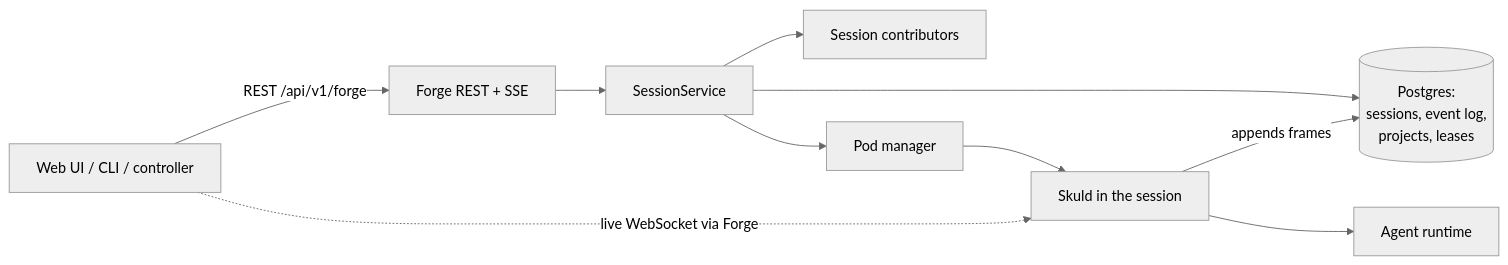
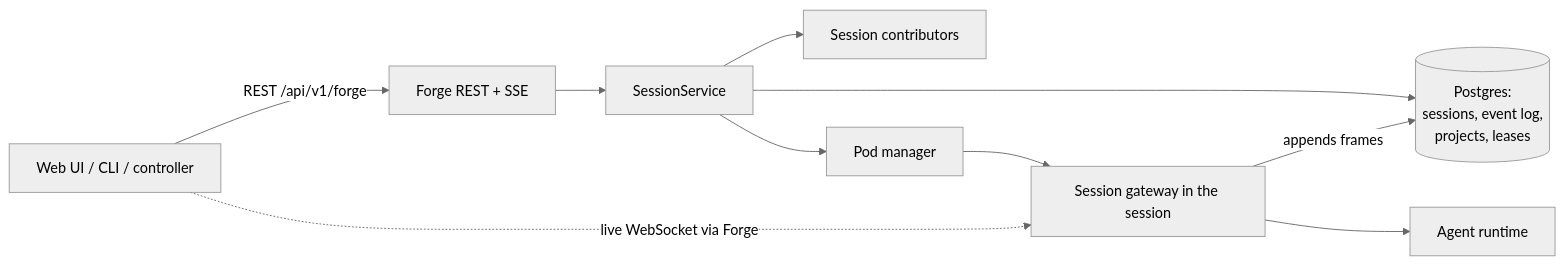
The first of 2 diagrams in docs/site/architecture/forge/index.md (niuulabs/niuu), drawn with Mermaid (neutral theme) before and after one commit. The commit also changed other lines of this file and 65 other files, not shown here.

````diff
--- a/docs/site/architecture/forge/index.md
+++ b/docs/site/architecture/forge/index.md
@@ -24,12 +24,12 @@
 ```mermaid
 flowchart LR
     C[Web UI / CLI / controller] -->|REST /api/v1/forge| API[Forge REST + SSE]
     API --> SS[SessionService]
     SS --> CT[Session contributors]
     SS --> PM[Pod manager]
     SS --> DB[(Postgres:<br/>sessions, event log,<br/>projects, leases)]
-    PM --> SK[Skuld in the session]
+    PM --> SK[Session gateway in the session]
     SK --> AG[Agent runtime]
     SK -->|appends frames| DB
     C -.->|live WebSocket via Forge| SK
 ```
````
